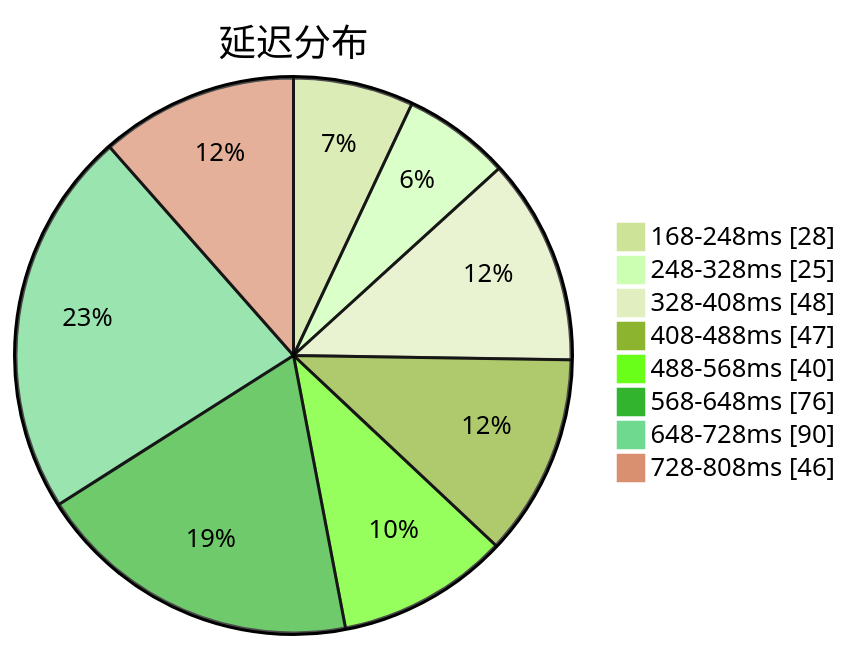
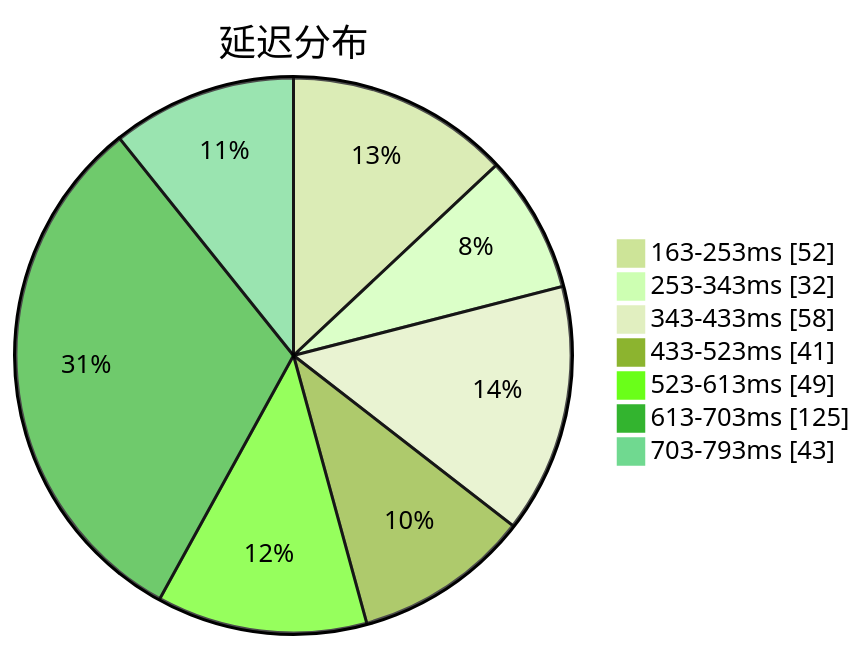
One commit to qjlxg/airport changed the first of 3 diagrams in subs/statistics/tested_within.md. Above: the diagram before and after it, drawn with Mermaid (forest theme). The commit also changed other lines of this file and 2 other files, not shown here.

````diff
--- a/subs/statistics/tested_within.md
+++ b/subs/statistics/tested_within.md
@@ -2,12 +2,11 @@
 ```mermaid
 pie showData
 title 延迟分布
-"168-248ms" : 28
-"248-328ms" : 25
-"328-408ms" : 48
-"408-488ms" : 47
-"488-568ms" : 40
-"568-648ms" : 76
-"648-728ms" : 90
-"728-808ms" : 46
+"163-253ms" : 52
+"253-343ms" : 32
+"343-433ms" : 58
+"433-523ms" : 41
+"523-613ms" : 49
+"613-703ms" : 125
+"703-793ms" : 43
 ```
````
